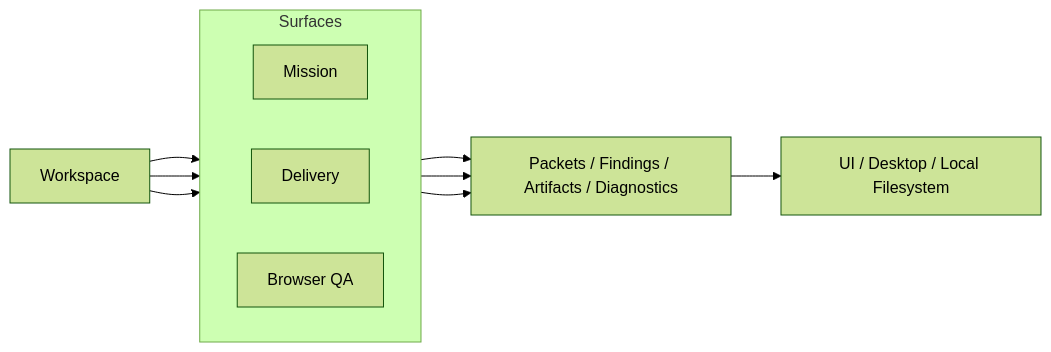
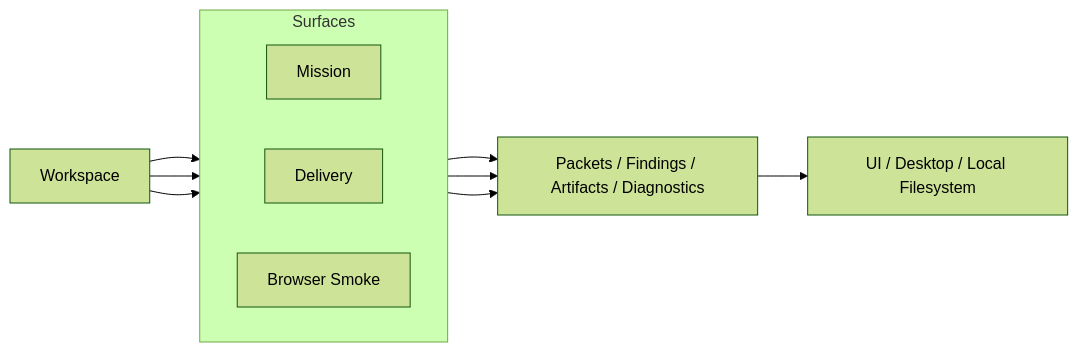
Before and after one commit to mrtergn/orchestrum: the first of 2 diagrams in README.md, drawn with Mermaid (forest theme). The commit also changed other lines of this file and 119 other files, not shown here.

````diff
--- a/README.md
+++ b/README.md
@@ -186,22 +189,22 @@
 ```mermaid
 flowchart LR
     W[Workspace]
 
     subgraph S[Surfaces]
         direction LR
         M[Mission]
         D[Delivery]
-        Q[Browser QA]
+        Q[Browser Smoke]
     end
 
     E[Packets / Findings / Artifacts / Diagnostics]
     L[UI / Desktop / Local Filesystem]
 
     W --> M
     W --> D
     W --> Q
     M --> E
     D --> E
     Q --> E
     E --> L
 ```
````
